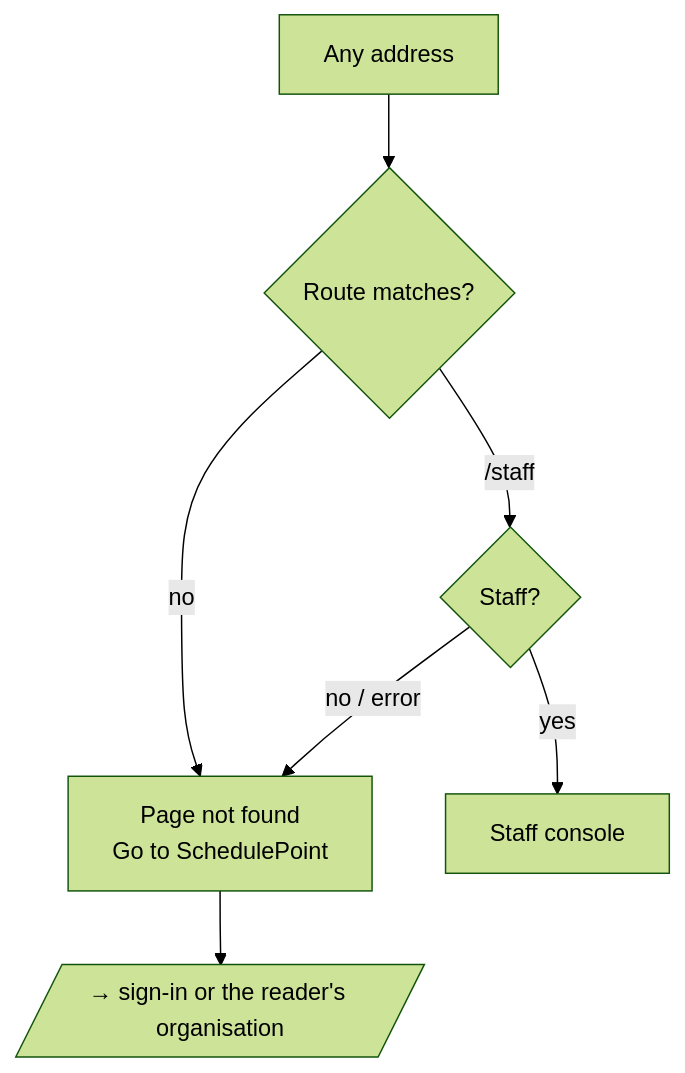
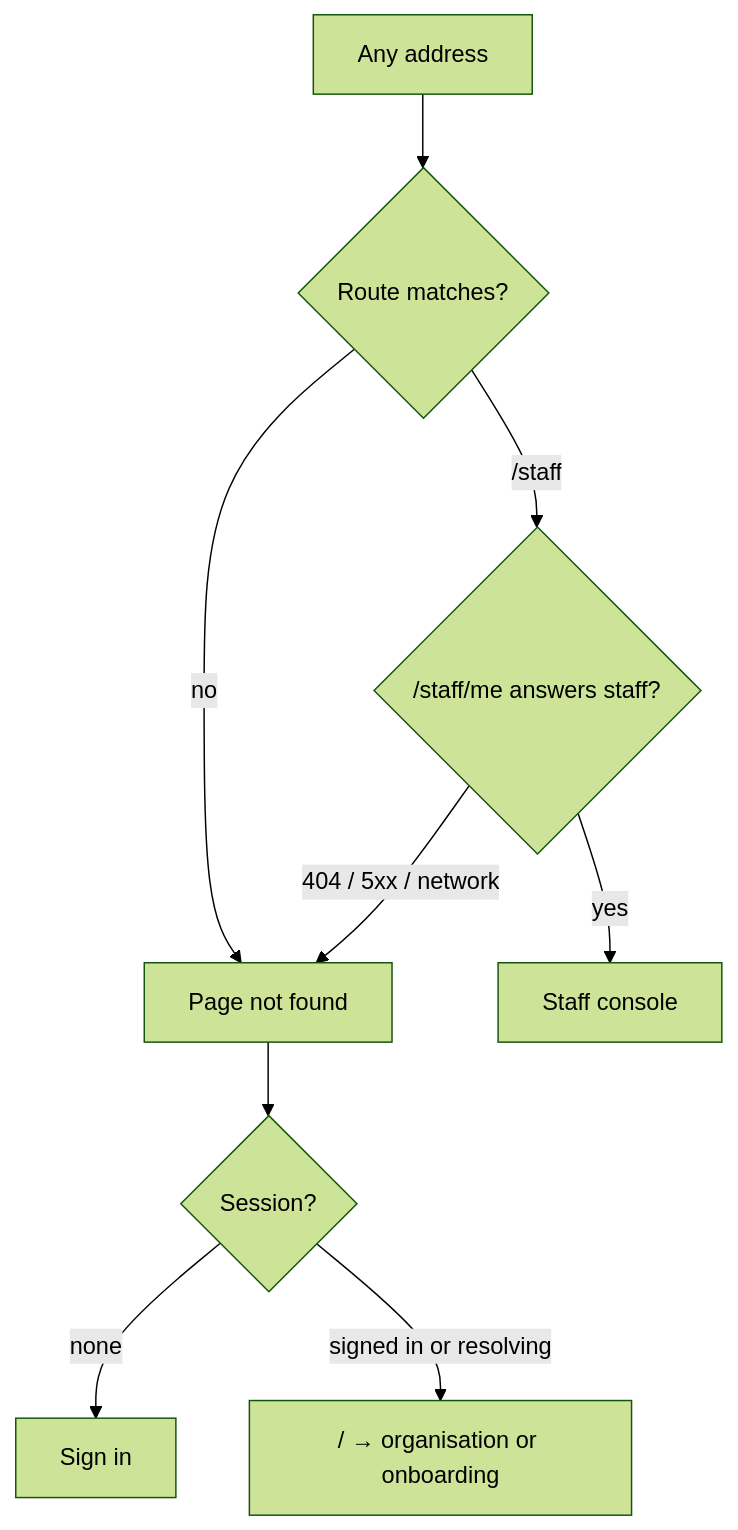
Before and after one commit to HuttonHomeHub/SchedulePoint_1: the third of 3 diagrams in docs/specs/estate-polish-oct/feature-spec.md, drawn with Mermaid (forest theme). The commit also changed other lines of this file and 1 other file, not shown here.

````diff
--- a/docs/specs/estate-polish-oct/feature-spec.md
+++ b/docs/specs/estate-polish-oct/feature-spec.md
@@ -313,9 +333,11 @@
 ```mermaid
 flowchart TD
   A[Any address] --> B{Route matches?}
-  B -- no --> NF[Page not found<br/>Go to SchedulePoint]
-  B -- /staff --> C{Staff?}
-  C -- no / error --> NF
+  B -- no --> NF[Page not found]
+  B -- /staff --> C{/staff/me answers staff?}
+  C -- 404 / 5xx / network --> NF
   C -- yes --> D[Staff console]
-  NF --> E[/ → sign-in or the reader's organisation/]
+  NF --> L{Session?}
+  L -- none --> SI[Sign in]
+  L -- signed in or resolving --> H["/ → organisation or onboarding"]
 ```
````
